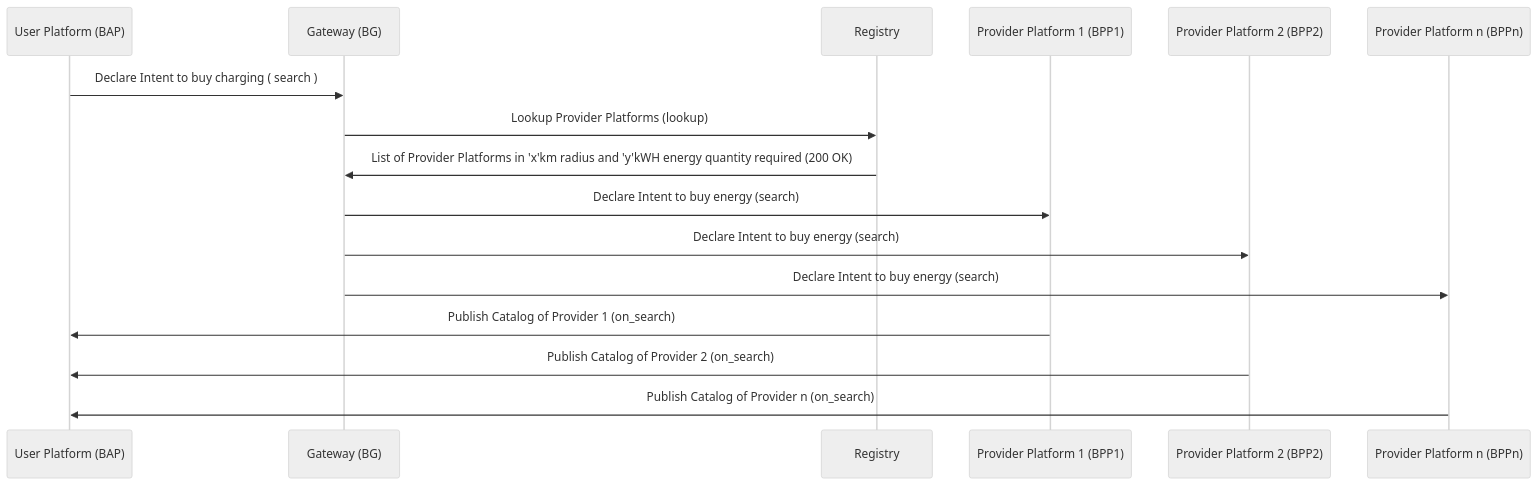
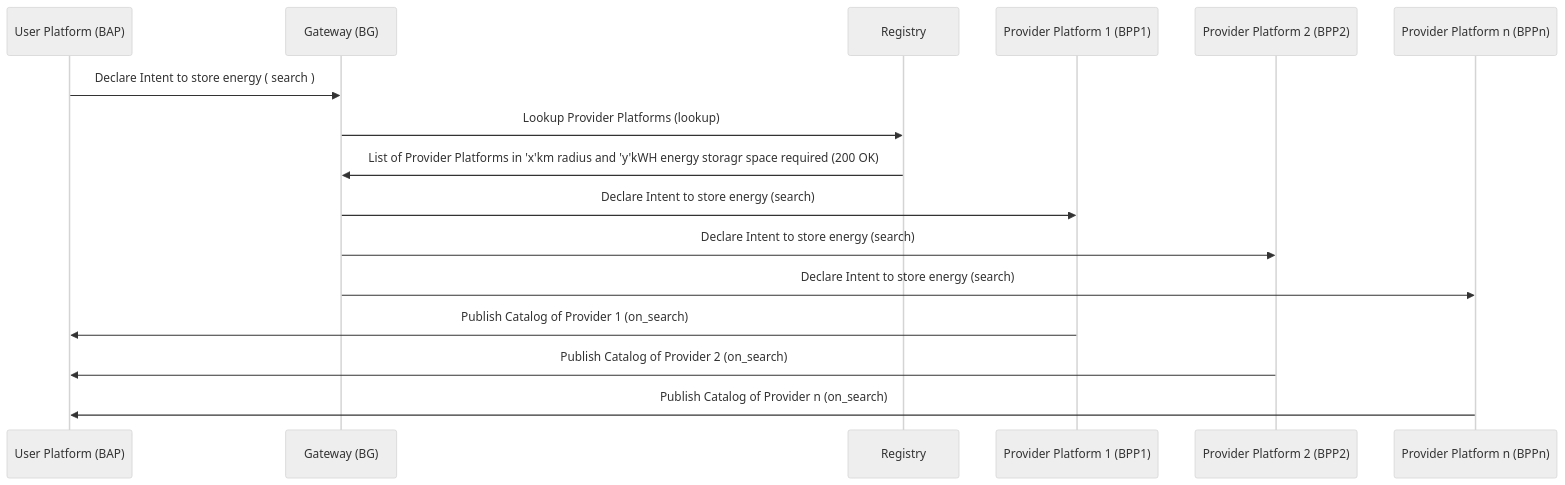
One commit to Sudheesh2609/DENT-Protocol changed the second of 8 diagrams in docs/implementation-guides/General_Energy_Transaction_2.md. Above: the diagram before and after it, drawn with Mermaid (neutral theme). The commit also changed other lines of this file, not shown here.

Commit message:
Completed General_Energy_Transaction_2.md

````diff
--- a/docs/implementation-guides/General_Energy_Transaction_2.md
+++ b/docs/implementation-guides/General_Energy_Transaction_2.md
@@ -108,12 +110,12 @@
 ```mermaid
     sequenceDiagram
-    User Platform (BAP)->>Gateway (BG): Declare Intent to buy charging ( search )
+    User Platform (BAP)->>Gateway (BG): Declare Intent to store energy ( search )
     Gateway (BG)->>Registry: Lookup Provider Platforms (lookup)
-    Registry->>Gateway (BG): List of Provider Platforms in 'x'km radius and 'y'kWH energy quantity required (200 OK)
-    Gateway (BG)->>Provider Platform 1 (BPP1): Declare Intent to buy energy (search)
-    Gateway (BG)->>Provider Platform 2 (BPP2): Declare Intent to buy energy (search)
-    Gateway (BG)->>Provider Platform n (BPPn): Declare Intent to buy energy (search)
+    Registry->>Gateway (BG): List of Provider Platforms in 'x'km radius and 'y'kWH energy storagr space required (200 OK)
+    Gateway (BG)->>Provider Platform 1 (BPP1): Declare Intent to store energy (search)
+    Gateway (BG)->>Provider Platform 2 (BPP2): Declare Intent to store energy (search)
+    Gateway (BG)->>Provider Platform n (BPPn): Declare Intent to store energy (search)
     Provider Platform 1 (BPP1)->>User Platform (BAP): Publish Catalog of Provider 1 (on_search)
     Provider Platform 2 (BPP2)->>User Platform (BAP): Publish Catalog of Provider 2 (on_search)
     Provider Platform n (BPPn)->>User Platform (BAP): Publish Catalog of Provider n (on_search)
 ```
````
